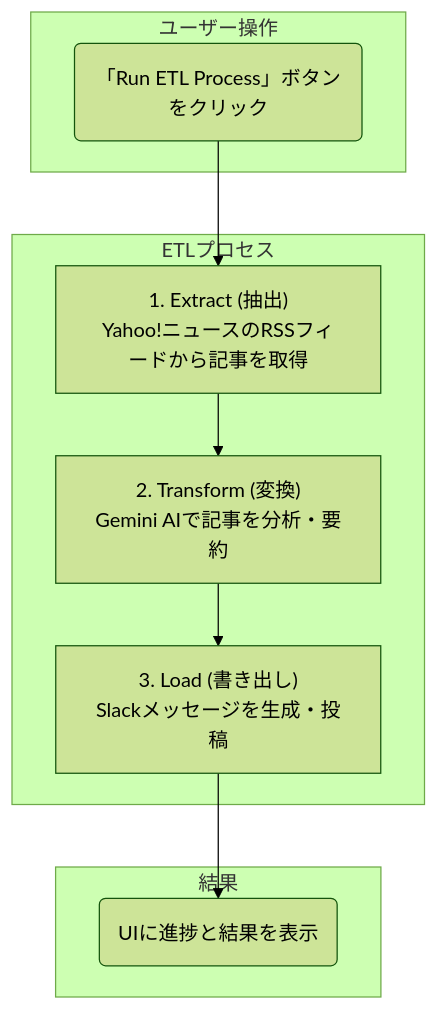
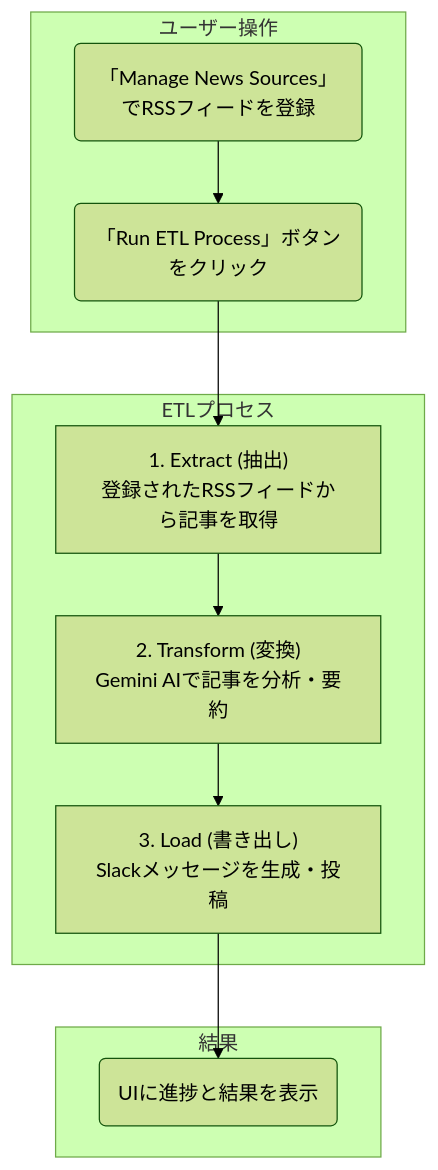
Before and after one commit to ymkge/news-to-slack: the diagram in README.md, drawn with Mermaid (forest theme). The commit also changed other lines of this file and 12 other files, not shown here.

````diff
--- a/README.md
+++ b/README.md
@@ -21,18 +27,19 @@
 ```mermaid
 graph TD
     subgraph "ユーザー操作"
-        A("「Run ETL Process」ボタンをクリック")
+        A("「Manage News Sources」でRSSフィードを登録")
+        B("「Run ETL Process」ボタンをクリック")
     end
 
     subgraph "ETLプロセス"
-        B["1. Extract (抽出)<br>Yahoo!ニュースのRSSフィードから記事を取得"]
-        C["2. Transform (変換)<br>Gemini AIで記事を分析・要約"]
-        D["3. Load (書き出し)<br>Slackメッセージを生成・投稿"]
+        C["1. Extract (抽出)<br>登録されたRSSフィードから記事を取得"]
+        D["2. Transform (変換)<br>Gemini AIで記事を分析・要約"]
+        E["3. Load (書き出し)<br>Slackメッセージを生成・投稿"]
     end
 
     subgraph "結果"
-        E("UIに進捗と結果を表示")
+        F("UIに進捗と結果を表示")
     end
 
-    A --> B --> C --> D --> E
+    A --> B --> C --> D --> E --> F
 ```
````
